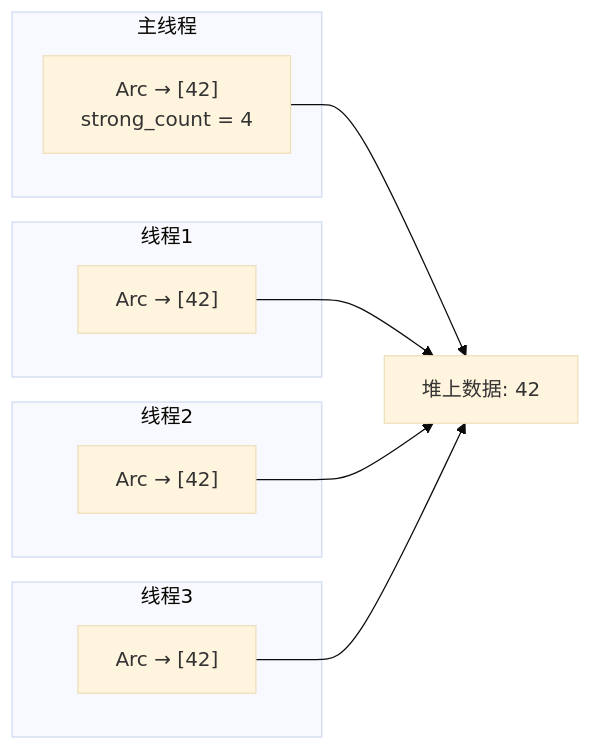
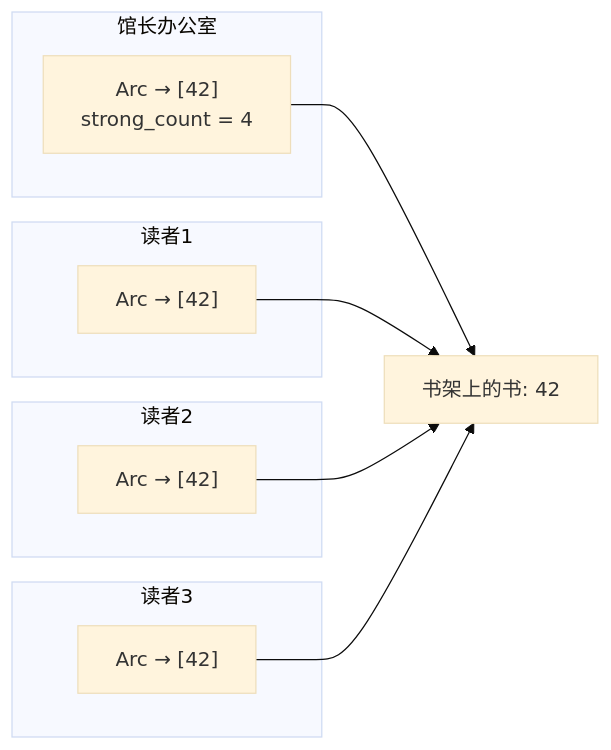
One commit to qknow-0/blog changed the first of 2 diagrams in languages/rust/arc.md. Above: the diagram before and after it, drawn with Mermaid (base theme). The commit also changed other lines of this file and 10 other files, not shown here.

Commit message:
docs: Rust 全系列比喻重写——搬家/停车票/背包/快递/应聘/集装箱/图书馆/公寓楼/食品质检/酒店

````diff
--- a/languages/rust/arc.md
+++ b/languages/rust/arc.md
@@ -52,23 +34,23 @@
 ```mermaid
 flowchart LR
-    subgraph 主线程
+    subgraph 馆长办公室
         Arc1["Arc → [42]<br/>strong_count = 4"]
     end
 
-    subgraph 线程1
+    subgraph 读者1
         Arc2["Arc → [42]"]
     end
 
-    subgraph 线程2
+    subgraph 读者2
         Arc3["Arc → [42]"]
     end
 
-    subgraph 线程3
+    subgraph 读者3
         Arc4["Arc → [42]"]
     end
 
-    Arc1 --> Data["堆上数据: 42"]
+    Arc1 --> Data["书架上的书: 42"]
     Arc2 --> Data
     Arc3 --> Data
     Arc4 --> Data
 ```
````
